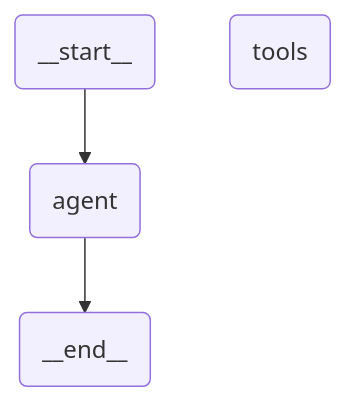
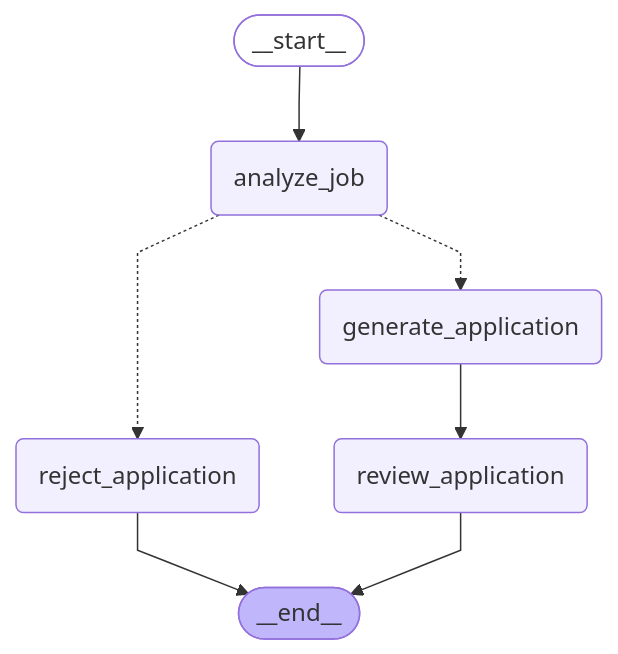
The diagram in demo.md (xxradar/mermaidstuff), drawn with Mermaid before and after one commit.

````diff
--- a/demo.md
+++ b/demo.md
@@ -1,17 +1,24 @@
 ```mermaid
 ---
 config:
   flowchart:
     curve: linear
 ---
 graph TD;
-	__start__(<p>__start__</p>)
-	agent(agent)
-	tools(tools)
-	__end__(<p>__end__</p>)
-	__start__ --> agent;
-	agent --> __end__;
+	__start__([<p>__start__</p>]):::first
+	analyze_job(analyze_job)
+	generate_application(generate_application)
+	review_application(review_application)
+	reject_application(reject_application)
+	__end__([<p>__end__</p>]):::last
+	__start__ --> analyze_job;
+	analyze_job -.-> generate_application;
+	analyze_job -.-> reject_application;
+	generate_application --> review_application;
+	reject_application --> __end__;
+	review_application --> __end__;
 	classDef default fill:#f2f0ff,line-height:1.2
 	classDef first fill-opacity:0
 	classDef last fill:#bfb6fc
+
 ```
````
